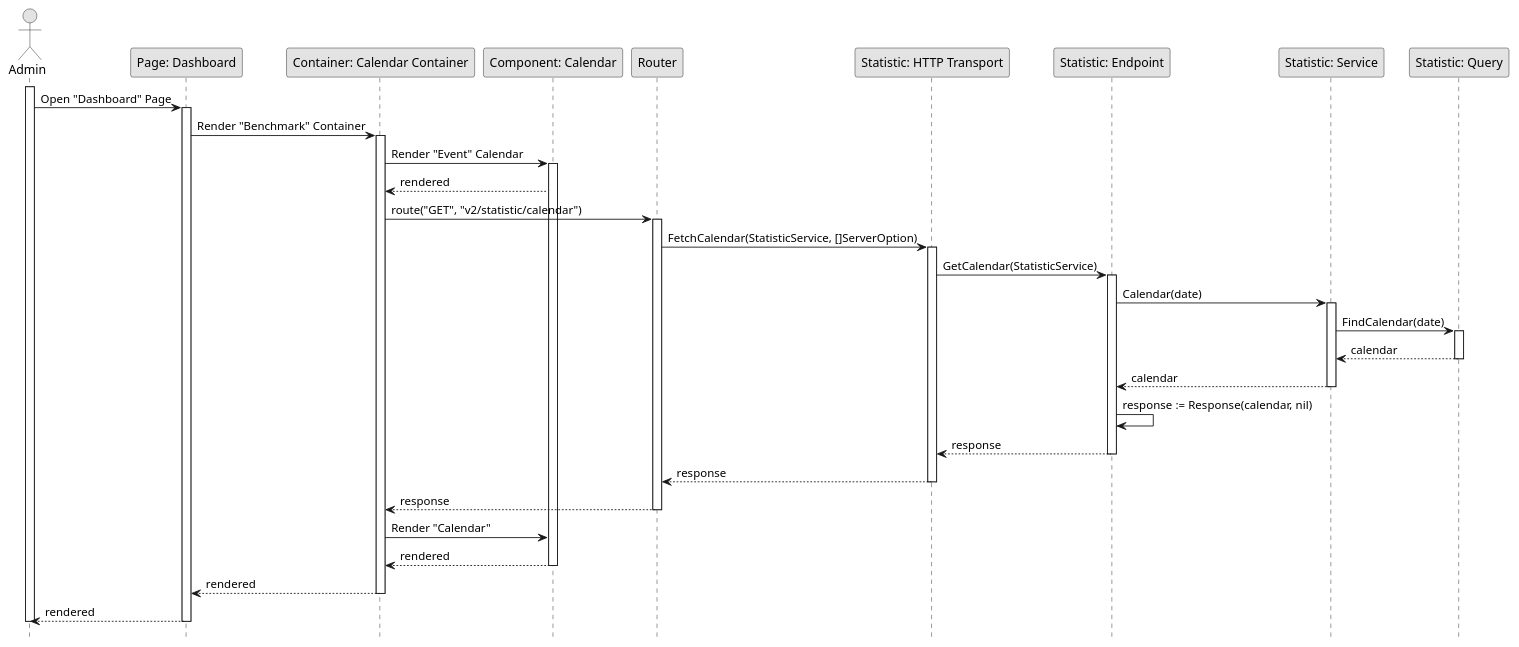
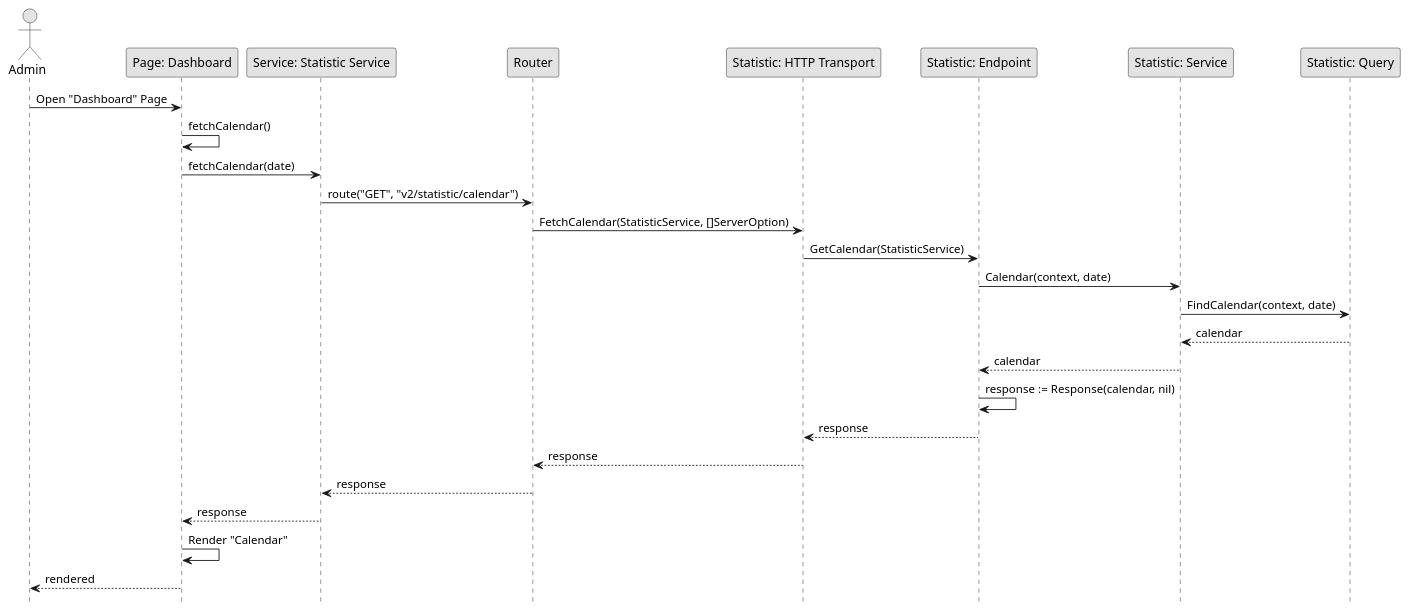
Before and after one commit to fwidjaya20/fazzlearning-uml: the diagram in Sequence/Release03/GetCalendar.wsd, drawn with PlantUML. The commit also changed 34 other files, not shown here.

Commit message:
fix(diagram): fix invalid sequence, activity, and usecase

```diff
--- a/Sequence/Release03/GetCalendar.wsd
+++ b/Sequence/Release03/GetCalendar.wsd
@@ -1,57 +1,34 @@
 @startuml GetCalendar
 
 skinparam Monochrome true
 skinparam Shadowing false
 hide footbox
 
 actor Admin
 participant "Page: Dashboard" as Dashboard
-participant "Container: Calendar Container" as CalendarContainer
-participant "Component: Calendar" as Calendar
+participant "Service: Statistic Service" as FEStatisticService
 participant "Router" as Router
 participant "Statistic: HTTP Transport" as StatisticHTTPTransport
 participant "Statistic: Endpoint" as StatisticEndpoint
 participant "Statistic: Service" as StatisticService
 participant "Statistic: Query" as StatisticQuery
 
-activate Admin
-
 Admin->Dashboard: Open "Dashboard" Page
-activate Dashboard
-Dashboard->CalendarContainer: Render "Benchmark" Container
-activate CalendarContainer
-CalendarContainer->Calendar: Render "Event" Calendar
-activate Calendar
-Calendar-->CalendarContainer: rendered
-CalendarContainer->Router: route("GET", "v2/statistic/calendar")
-activate Router
+Dashboard->Dashboard: fetchCalendar()
+Dashboard->FEStatisticService: fetchCalendar(date)
+FEStatisticService->Router: route("GET", "v2/statistic/calendar")
 Router->StatisticHTTPTransport: FetchCalendar(StatisticService, []ServerOption)
-activate StatisticHTTPTransport
 StatisticHTTPTransport->StatisticEndpoint: GetCalendar(StatisticService)
-activate StatisticEndpoint
-StatisticEndpoint->StatisticService: Calendar(date)
-activate StatisticService
-StatisticService->StatisticQuery: FindCalendar(date)
-activate StatisticQuery
+StatisticEndpoint->StatisticService: Calendar(context, date)
+StatisticService->StatisticQuery: FindCalendar(context, date)
 StatisticQuery-->StatisticService: calendar
-deactivate StatisticQuery
 StatisticService-->StatisticEndpoint: calendar
-deactivate StatisticService
 StatisticEndpoint->StatisticEndpoint: response := Response(calendar, nil)
 StatisticEndpoint-->StatisticHTTPTransport: response
-deactivate StatisticEndpoint
 StatisticHTTPTransport-->Router: response
-deactivate StatisticHTTPTransport
-Router-->CalendarContainer: response
-deactivate Router
-CalendarContainer->Calendar: Render "Calendar"
-Calendar-->CalendarContainer: rendered
-deactivate Calendar
-CalendarContainer-->Dashboard: rendered
-deactivate CalendarContainer
+Router-->FEStatisticService: response
+FEStatisticService-->Dashboard: response
+Dashboard->Dashboard: Render "Calendar"
 Dashboard-->Admin: rendered
-deactivate Dashboard
-
-deactivate Admin
 
 @enduml
```
